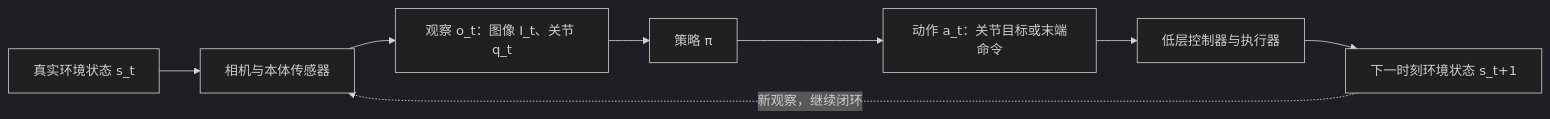
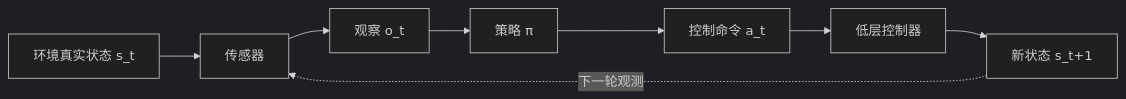
Before and after one commit to YangLee019/VLA-Learning: the first of 4 diagrams in 00-foundations/notes/00-基础概念.md, drawn with Mermaid (dark theme). The commit also changed other lines of this file and 5 other files, not shown here.

````diff
--- a/00-foundations/notes/00-基础概念.md
+++ b/00-foundations/notes/00-基础概念.md
@@ -9,10 +9,10 @@
 ```mermaid
 flowchart LR
-    E[真实环境状态 s_t] --> S[相机与本体传感器]
-    S --> O[观察 o_t：图像 I_t、关节 q_t]
+    S[环境真实状态 s_t] --> G[传感器]
+    G --> O[观察 o_t]
     O --> P[策略 π]
-    P --> A[动作 a_t：关节目标或末端命令]
-    A --> C[低层控制器与执行器]
-    C --> E2[下一时刻环境状态 s_t+1]
-    E2 -. 新观察，继续闭环 .-> S
+    P --> A[控制命令 a_t]
+    A --> C[低层控制器]
+    C --> S2[新状态 s_t+1]
+    S2 -. 下一轮观测 .-> G
 ```
````
